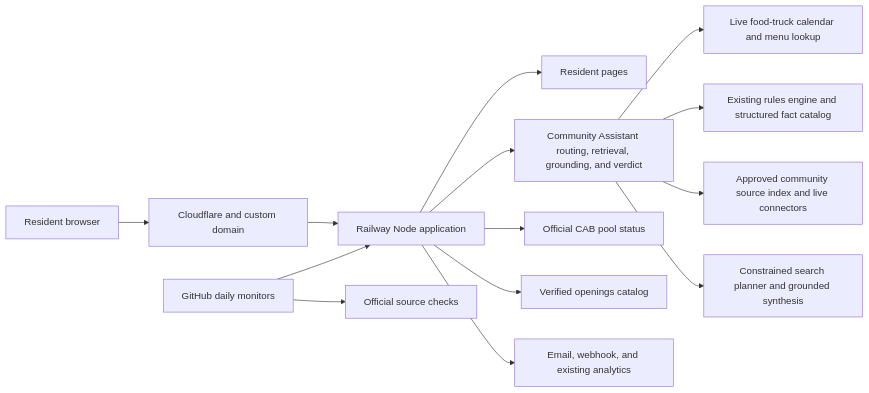
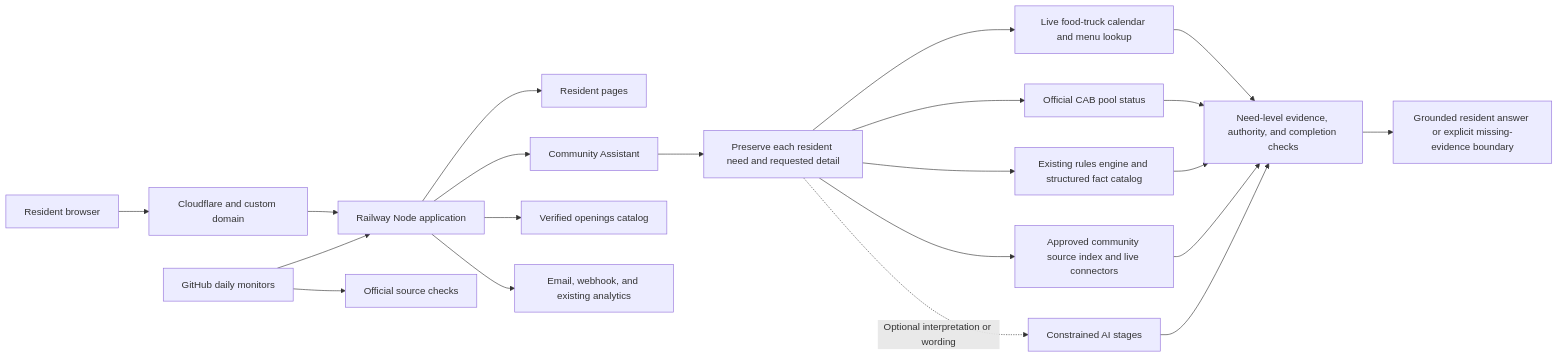
The diagram in docs/ARCHITECTURE.md (mar15sa/sterling-ranch-food-truck-chat), drawn with Mermaid before and after one commit. The commit also changed other lines of this file and 3 other files, not shown here.

Commit message:
Document community answer release candidate

````diff
--- a/docs/ARCHITECTURE.md
+++ b/docs/ARCHITECTURE.md
@@ -5,16 +7,23 @@
 ```mermaid
 flowchart LR
   Resident[Resident browser] --> Edge[Cloudflare and custom domain]
   Edge --> App[Railway Node application]
   App --> Static[Resident pages]
-  App --> Assistant[Community Assistant routing, retrieval, grounding, and verdict]
-  Assistant --> Food[Live food-truck calendar and menu lookup]
-  App --> Pool[Official CAB pool status]
+  App --> Assistant[Community Assistant]
+  Assistant --> Needs[Preserve each resident need and requested detail]
+  Needs --> Food[Live food-truck calendar and menu lookup]
+  Needs --> Pool[Official CAB pool status]
   App --> Openings[Verified openings catalog]
-  Assistant --> Rules[Existing rules engine and structured fact catalog]
-  Assistant --> Community[Approved community source index and live connectors]
-  Assistant --> Claude[Constrained search planner and grounded synthesis]
+  Needs --> Rules[Existing rules engine and structured fact catalog]
+  Needs --> Community[Approved community source index and live connectors]
+  Needs -. Optional interpretation or wording .-> Claude[Constrained AI stages]
+  Food --> Proof[Need-level evidence, authority, and completion checks]
+  Pool --> Proof
+  Rules --> Proof
+  Community --> Proof
+  Claude --> Proof
+  Proof --> Answer[Grounded resident answer or explicit missing-evidence boundary]
   App --> Alerts[Email, webhook, and existing analytics]
   GitHub[GitHub daily monitors] --> App
   GitHub --> Sources[Official source checks]
 ```
````
